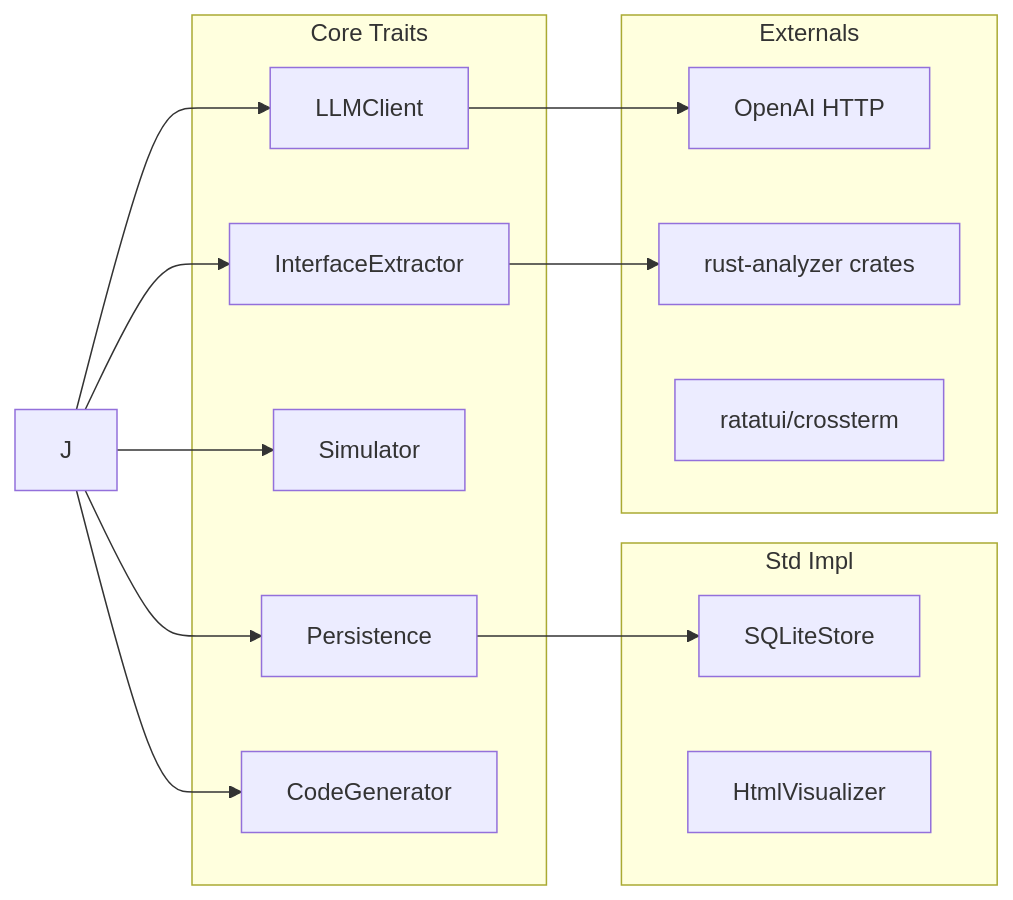
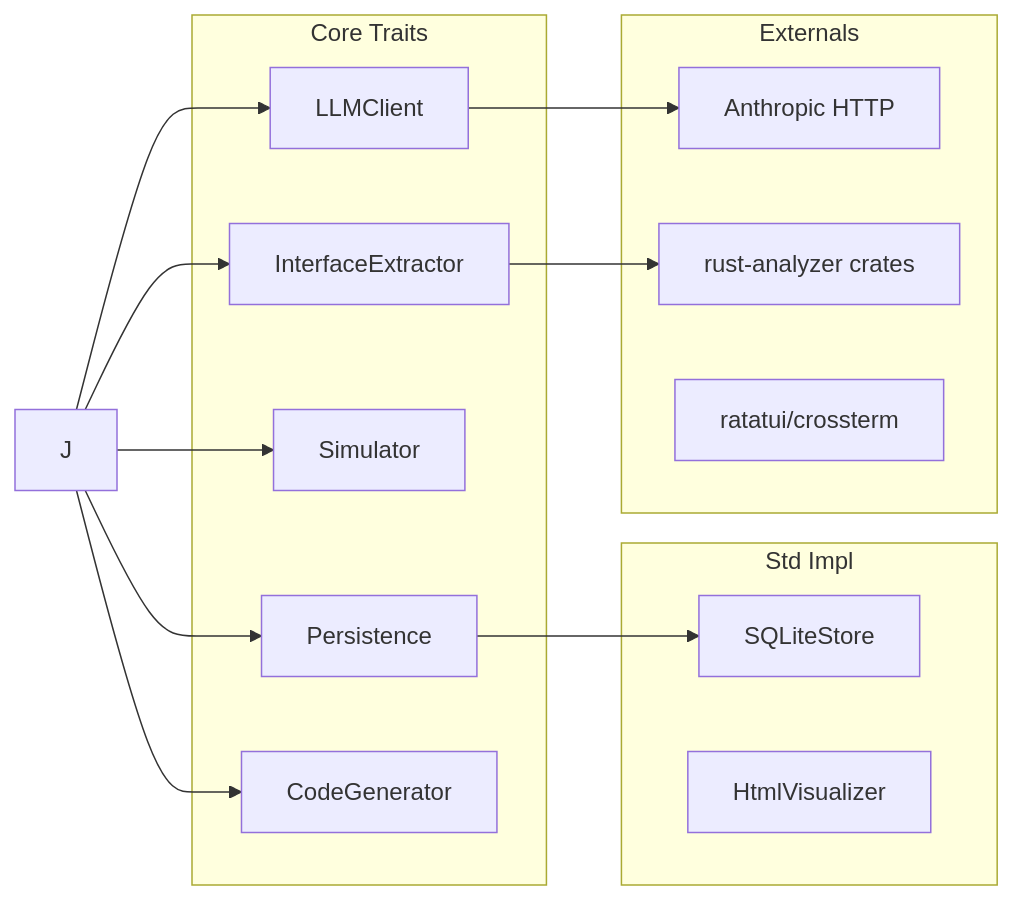
Before and after one commit to that-in-rust/transfiguration: the fourth of 4 diagrams in Insp09_ActiveWorkspaces_StrategicInitiatives/Insp03_ParseltongueEvolution/A012ExecutableJourney.md, drawn with Mermaid. The commit also changed other lines of this file, not shown here.

````diff
--- a/Insp09_ActiveWorkspaces_StrategicInitiatives/Insp03_ParseltongueEvolution/A012ExecutableJourney.md
+++ b/Insp09_ActiveWorkspaces_StrategicInitiatives/Insp03_ParseltongueEvolution/A012ExecutableJourney.md
@@ -598,27 +613,27 @@
 ```mermaid
 flowchart LR
   subgraph L1[Core Traits]
     A[LLMClient]
     B[InterfaceExtractor]
     C[Simulator]
     D[Persistence]
     E[CodeGenerator]
   end
   subgraph L2[Std Impl]
     F[SQLiteStore]
     G[HtmlVisualizer]
   end
   subgraph L3[Externals]
-    H[OpenAI HTTP]
+    H[Anthropic HTTP]
     I[rust-analyzer crates]
     J[ratatui/crossterm]
   end
   A-->H
   B-->I
   D-->F
   TUI[J]-->A
   TUI-->B
   TUI-->C
   TUI-->D
   TUI-->E
 ```
````
